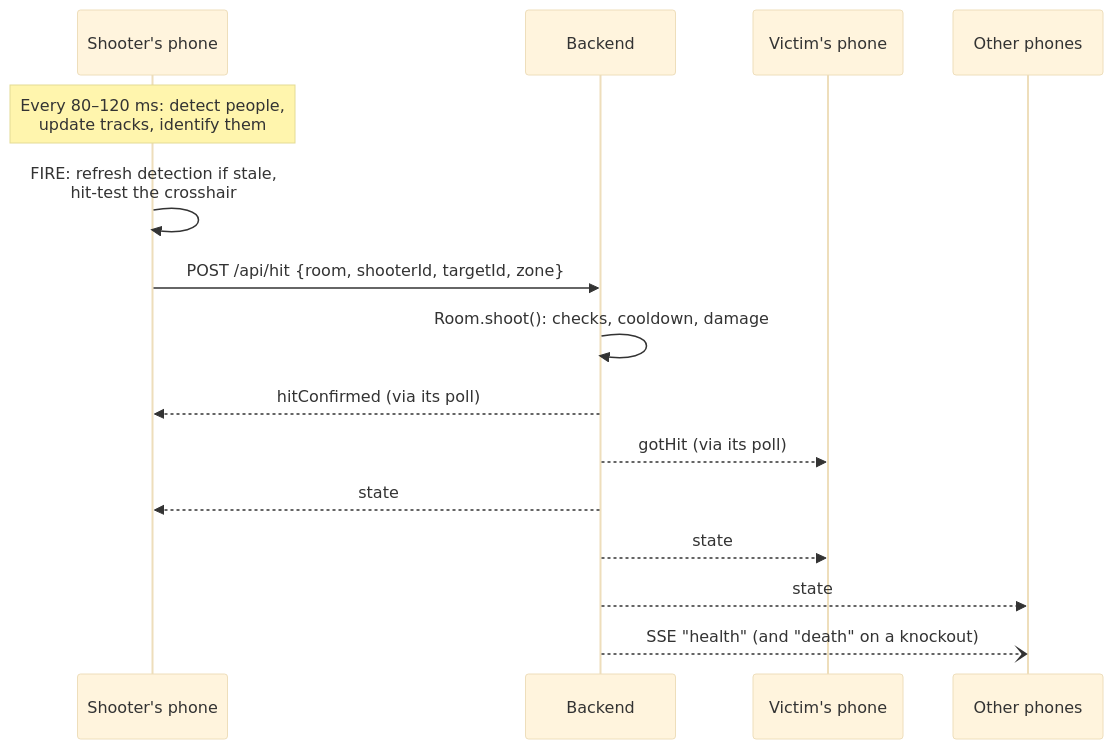
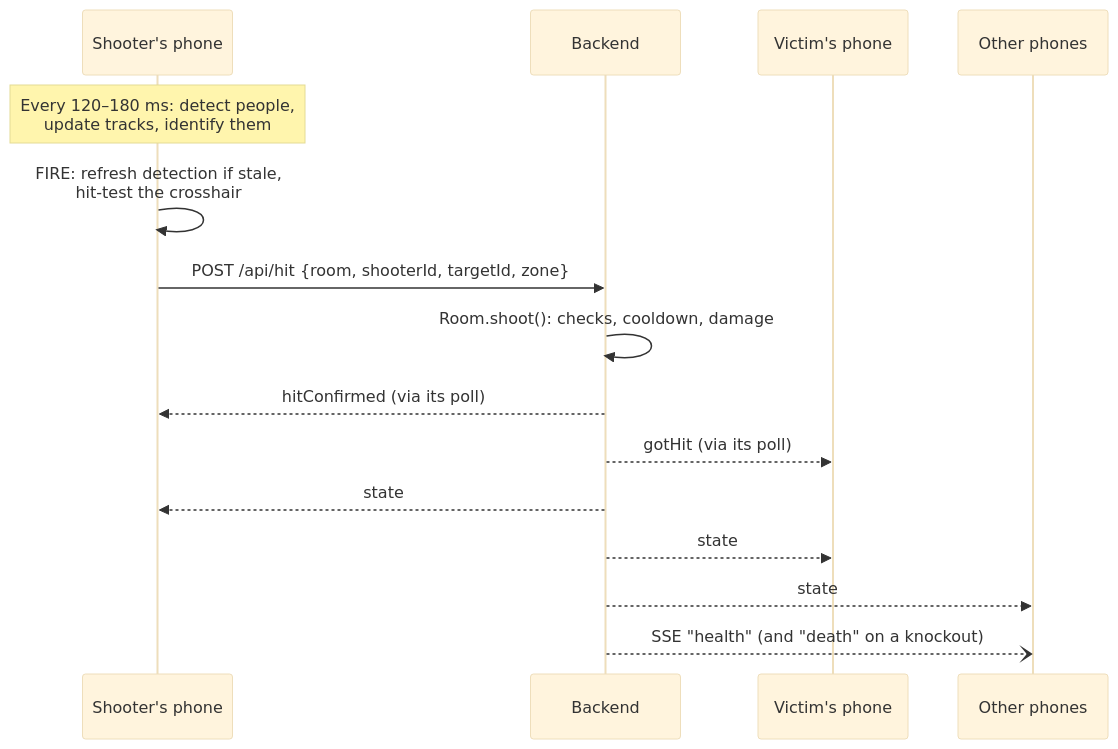
The second of 2 diagrams in docs/architecture.md (Basiliskenzahn/Laser-Tag), drawn with Mermaid (base theme) before and after one commit. The commit also changed 4 other files, not shown here.

````diff
--- a/docs/architecture.md
+++ b/docs/architecture.md
@@ -49,18 +49,18 @@
 ```mermaid
 sequenceDiagram
   participant S as Shooter's phone
   participant B as Backend
   participant V as Victim's phone
   participant O as Other phones
 
-  Note over S: Every 80–120 ms: detect people,<br/>update tracks, identify them
+  Note over S: Every 120–180 ms: detect people,<br/>update tracks, identify them
   S->>S: FIRE: refresh detection if stale,<br/>hit-test the crosshair
   S->>B: POST /api/hit {room, shooterId, targetId, zone}
   B->>B: Room.shoot(): checks, cooldown, damage
   B-->>S: hitConfirmed (via its poll)
   B-->>V: gotHit (via its poll)
   B-->>S: state
   B-->>V: state
   B-->>O: state
   B--)O: SSE "health" (and "death" on a knockout)
 ```
````
